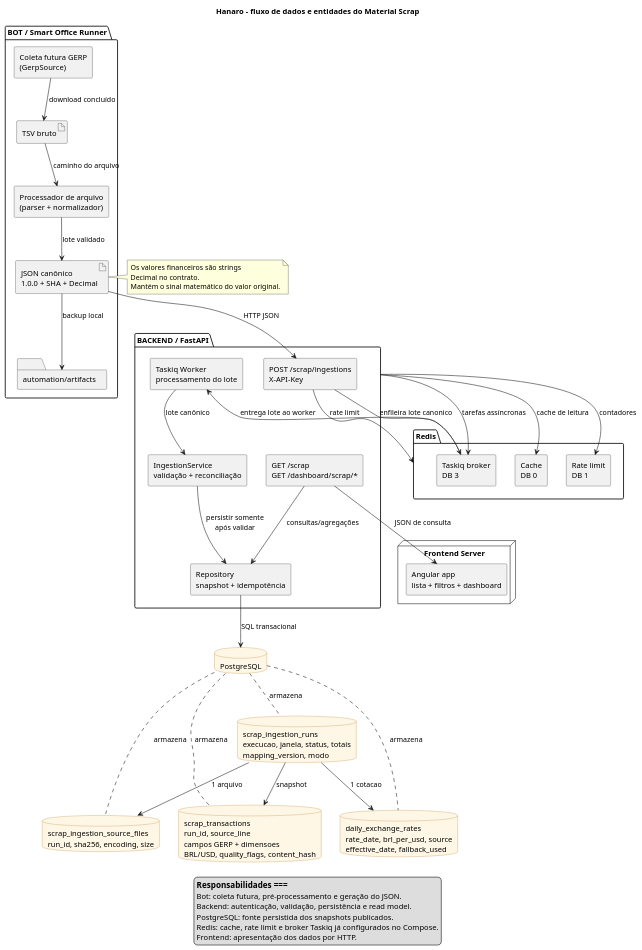
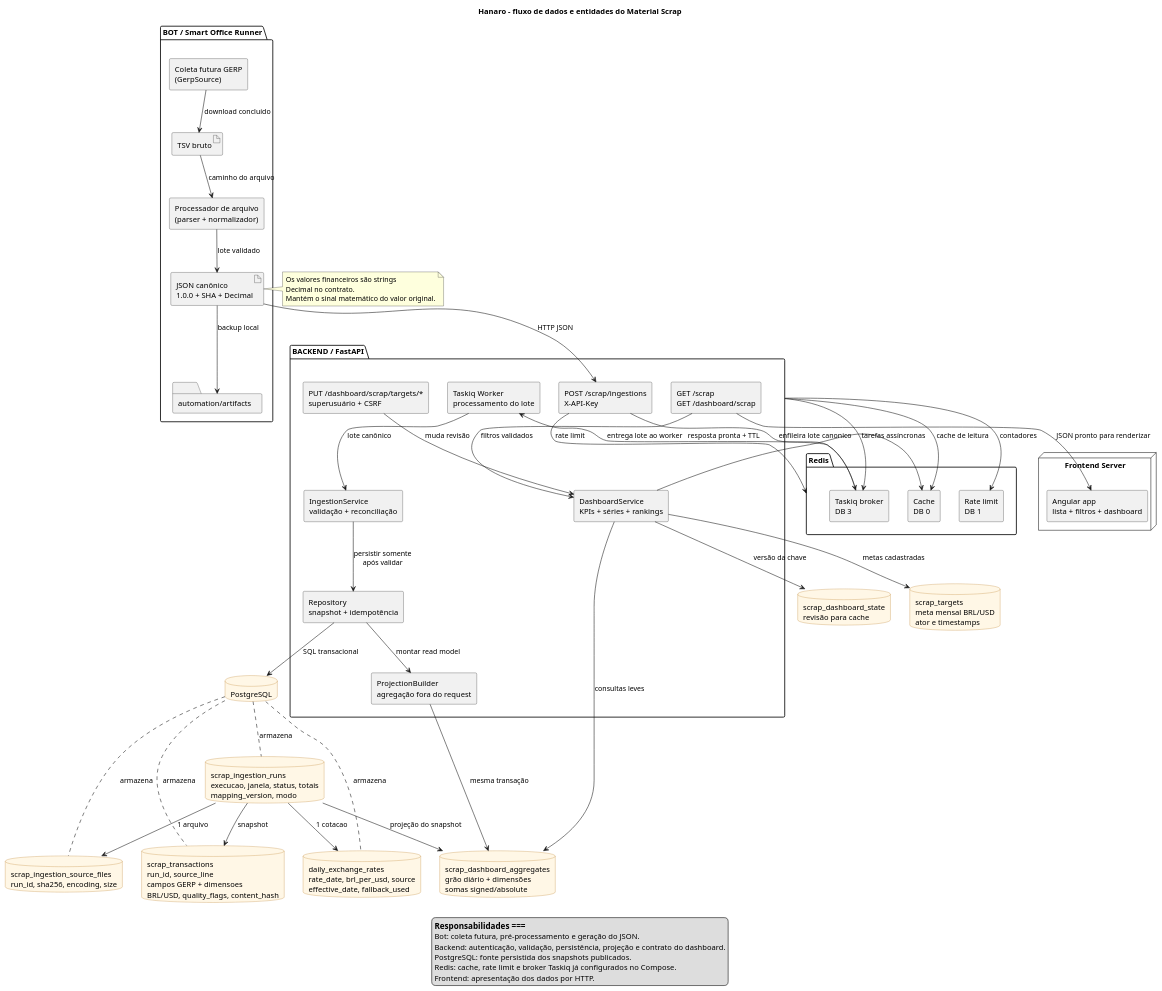
One commit to Messyas/hanaro changed the diagram in docs/bot/material-scrap-data-architecture.puml. Above: the diagram before and after it, drawn with PlantUML. The commit also changed 27 other files, not shown here.

Commit message:
feat(backend): add precomputed material scrap dashboard

```diff
--- a/docs/bot/material-scrap-data-architecture.puml
+++ b/docs/bot/material-scrap-data-architecture.puml
@@ -1,94 +1,108 @@
 @startuml
 title Hanaro - fluxo de dados e entidades do Material Scrap
 
 top to bottom direction
 skinparam shadowing false
 skinparam defaultFontName Arial
 skinparam componentStyle rectangle
 skinparam rectangle {
   BackgroundColor #F7FAFC
   BorderColor #2D3748
 }
 skinparam database {
   BackgroundColor #FFF7E6
   BorderColor #B7791F
 }
 skinparam queue {
   BackgroundColor #E6FFFA
   BorderColor #2C7A7B
 }
 
 package "BOT / Smart Office Runner" as Bot {
   component "Coleta futura GERP\n(GerpSource)" as Gerp
   component "Processador de arquivo\n(parser + normalizador)" as Processor
   artifact "TSV bruto" as Tsv
   artifact "JSON canônico\n1.0.0 + SHA + Decimal" as Json
   folder "automation/artifacts" as Artifacts
 
   Gerp --> Tsv : download concluído
   Tsv --> Processor : caminho do arquivo
   Processor --> Json : lote validado
   Json --> Artifacts : backup local
 }
 
 package "BACKEND / FastAPI" as Backend {
   component "POST /scrap/ingestions\nX-API-Key" as IngestApi
   component "IngestionService\nvalidação + reconciliação" as Service
   component "Repository\nsnapshot + idempotência" as Repository
-  component "GET /scrap\nGET /dashboard/scrap/*" as ReadApi
+  component "ProjectionBuilder\nagregação fora do request" as Projection
+  component "DashboardService\nKPIs + séries + rankings" as DashboardService
+  component "GET /scrap\nGET /dashboard/scrap" as ReadApi
+  component "PUT /dashboard/scrap/targets/*\nsuperusuário + CSRF" as TargetApi
   component "Taskiq Worker\nprocessamento do lote" as Worker
 
   Worker --> Service : lote canônico
   Service --> Repository : persistir somente\napós validar
-  ReadApi --> Repository : consultas/agregações
+  Repository --> Projection : montar read model
+  ReadApi --> DashboardService : filtros validados
+  TargetApi --> DashboardService : muda revisão
 }
 
 database "PostgreSQL" as Postgres
 database "scrap_ingestion_runs\nexecucao, janela, status, totais\nmapping_version, modo" as Runs
 database "scrap_ingestion_source_files\nrun_id, sha256, encoding, size" as Files
 database "daily_exchange_rates\nrate_date, brl_per_usd, source\neffective_date, fallback_used" as Rates
 database "scrap_transactions\nrun_id, source_line\ncampos GERP + dimensoes\nBRL/USD, quality_flags, content_hash" as Transactions
+database "scrap_dashboard_aggregates\ngrão diário + dimensões\nsomas signed/absolute" as Aggregates
+database "scrap_dashboard_state\nrevisão para cache" as DashboardState
+database "scrap_targets\nmeta mensal BRL/USD\nator e timestamps" as Targets
 
 Postgres .. Runs : armazena
 Postgres .. Files : armazena
 Postgres .. Rates : armazena
 Postgres .. Transactions : armazena
 Runs --> Files : 1 arquivo
 Runs --> Rates : 1 cotacao
 Runs --> Transactions : snapshot
+Runs --> Aggregates : projeção do snapshot
 
 package "Redis" as Redis {
   component "Cache\nDB 0" as Cache
   component "Rate limit\nDB 1" as RateLimit
   component "Taskiq broker\nDB 3" as TaskQueue
 }
 
 node "Frontend Server" as Frontend {
   component "Angular app\nlista + filtros + dashboard" as Angular
 }
 
 Json --> IngestApi : HTTP JSON
 IngestApi --> TaskQueue : enfileira lote canonico
 TaskQueue --> Worker : entrega lote ao worker
 IngestApi --> Redis : rate limit
 Backend --> Cache : cache de leitura
 Backend --> RateLimit : contadores
 Backend --> TaskQueue : tarefas assíncronas
 Repository --> Postgres : SQL transacional
-ReadApi --> Angular : JSON de consulta
+Projection --> Aggregates : mesma transação
+DashboardService --> Aggregates : consultas leves
+DashboardService --> Targets : metas cadastradas
+DashboardService --> DashboardState : versão da chave
+DashboardService --> Cache : resposta pronta + TTL
+ReadApi --> Angular : JSON pronto para renderizar
 
 note right of Json
   Os valores financeiros são strings
   Decimal no contrato.
   Mantém o sinal matemático do valor original.
 end note
 
 legend bottom
   === Responsabilidades ===
   Bot: coleta futura, pré-processamento e geração do JSON.
-  Backend: autenticação, validação, persistência e read model.
+  Backend: autenticação, validação, persistência, projeção e contrato do dashboard.
   PostgreSQL: fonte persistida dos snapshots publicados.
   Redis: cache, rate limit e broker Taskiq já configurados no Compose.
   Frontend: apresentação dos dados por HTTP.
 endlegend
 @enduml
```
